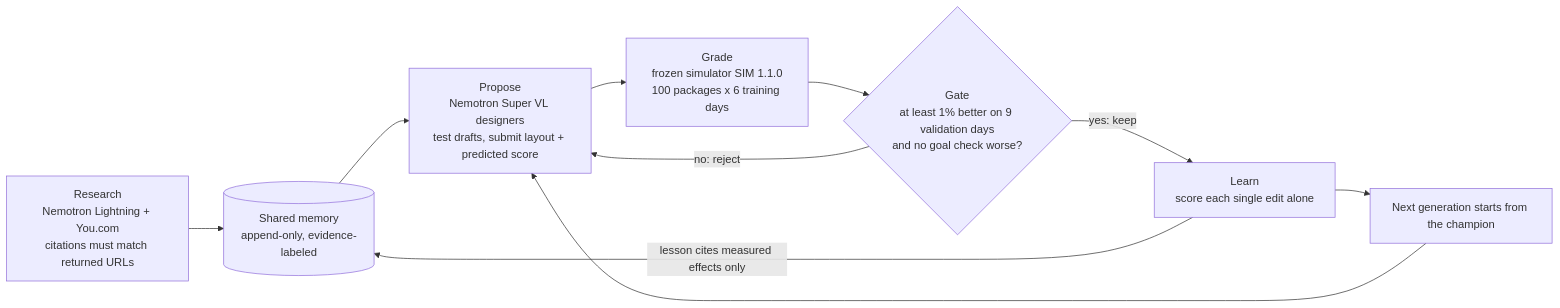
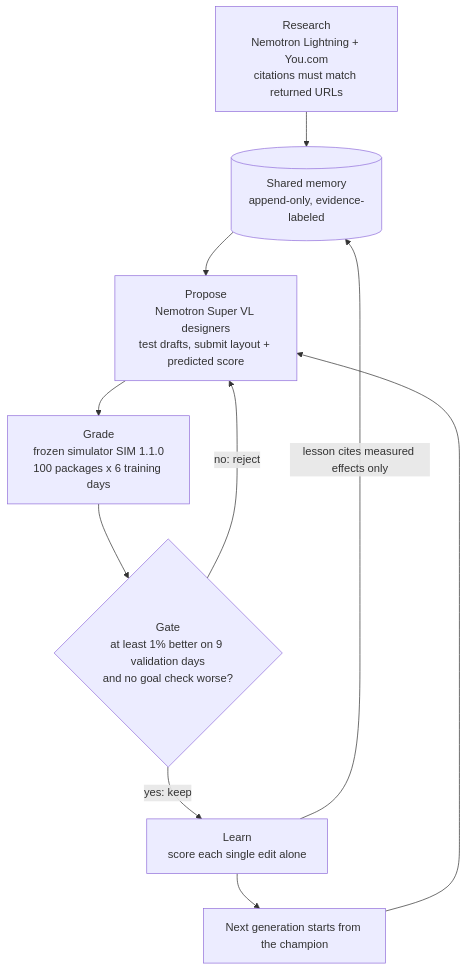
The first of 2 diagrams in README.md (benikigai/factory-n1), drawn with Mermaid before and after one commit. The commit also changed other lines of this file, not shown here.

Commit message:
README: compact diagrams for GitHub's Mermaid viewer

````diff
--- a/README.md
+++ b/README.md
@@ -33,12 +33,12 @@
 ```mermaid
-flowchart LR
+flowchart TD
     R["Research<br/>Nemotron Lightning + You.com<br/>citations must match returned URLs"] --> M[("Shared memory<br/>append-only, evidence-labeled")]
     M --> P["Propose<br/>Nemotron Super VL designers<br/>test drafts, submit layout + predicted score"]
     P --> G["Grade<br/>frozen simulator SIM 1.1.0<br/>100 packages x 6 training days"]
     G --> K{"Gate<br/>at least 1% better on 9 validation days<br/>and no goal check worse?"}
     K -- "yes: keep" --> L["Learn<br/>score each single edit alone"]
     K -- "no: reject" --> P
     L -- "lesson cites measured effects only" --> M
     L --> N["Next generation starts from the champion"]
     N --> P
 ```
````
